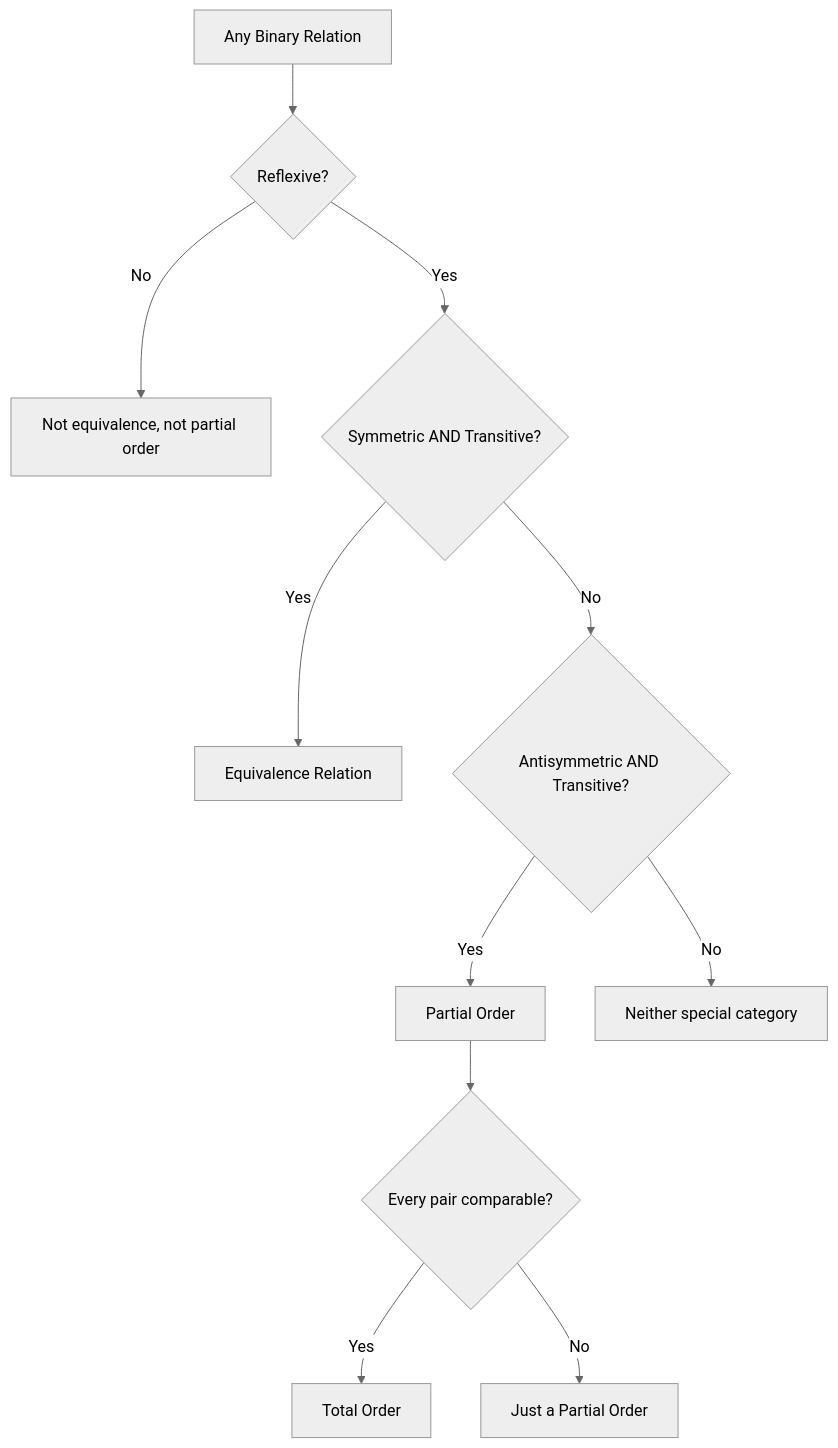
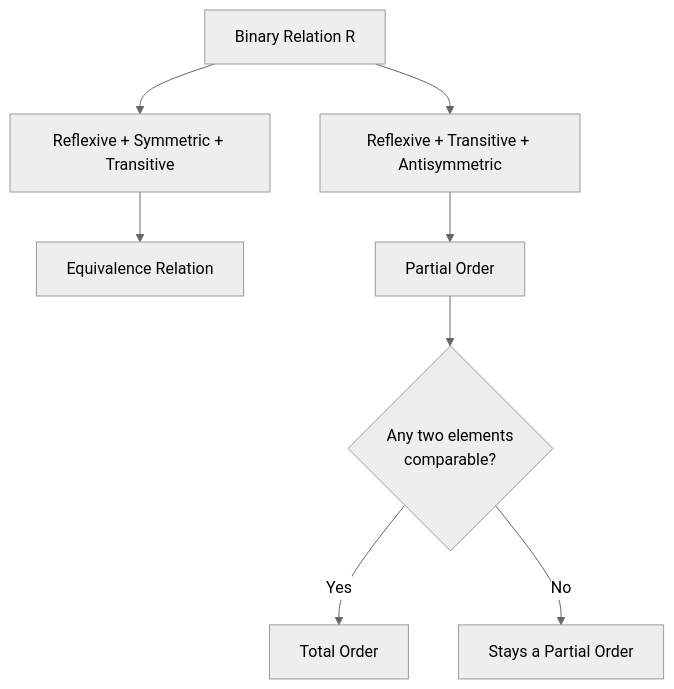
The third of 17 diagrams in source/content/TOC/Chapter 1.md (vedantvakharia/Jarvis), drawn with Mermaid (neutral theme) before and after one commit. The commit also changed other lines of this file and 5 other files, not shown here.

````diff
--- a/source/content/TOC/Chapter 1.md
+++ b/source/content/TOC/Chapter 1.md
@@ -92,13 +92,10 @@
 ```mermaid
 graph TD
-    R[Any Binary Relation] --> Q{Reflexive?}
-    Q -->|No| X[Not equivalence, not partial order]
-    Q -->|Yes| S{Symmetric AND Transitive?}
-    S -->|Yes| EQ[Equivalence Relation]
-    S -->|No| T{Antisymmetric AND Transitive?}
-    T -->|Yes| PO[Partial Order]
-    T -->|No| X2[Neither special category]
-    PO --> C{Every pair comparable?}
-    C -->|Yes| TO[Total Order]
-    C -->|No| PO2[Just a Partial Order]
+    R["Binary Relation R"] --> RST["Reflexive + Symmetric + Transitive"]
+    RST --> EQ["Equivalence Relation"]
+    R --> RTA["Reflexive + Transitive + Antisymmetric"]
+    RTA --> PO["Partial Order"]
+    PO --> COMP{"Any two elements<br/>comparable?"}
+    COMP -->|Yes| TO["Total Order"]
+    COMP -->|No| PO2["Stays a Partial Order"]
 ```
````
